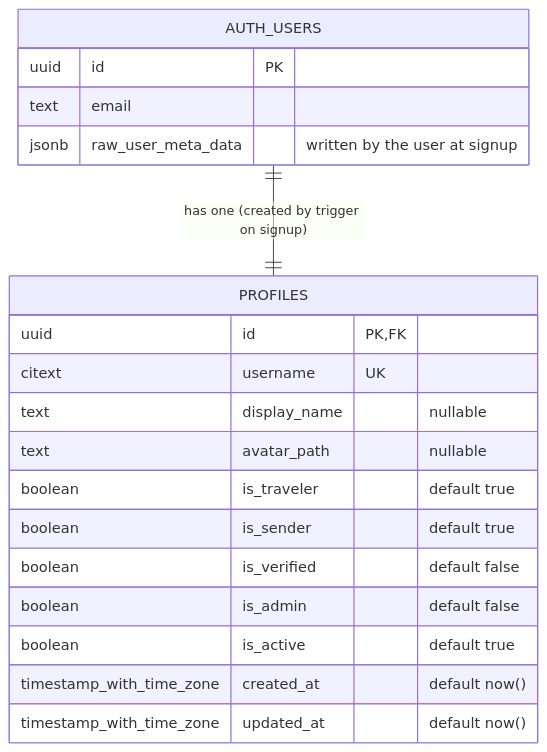
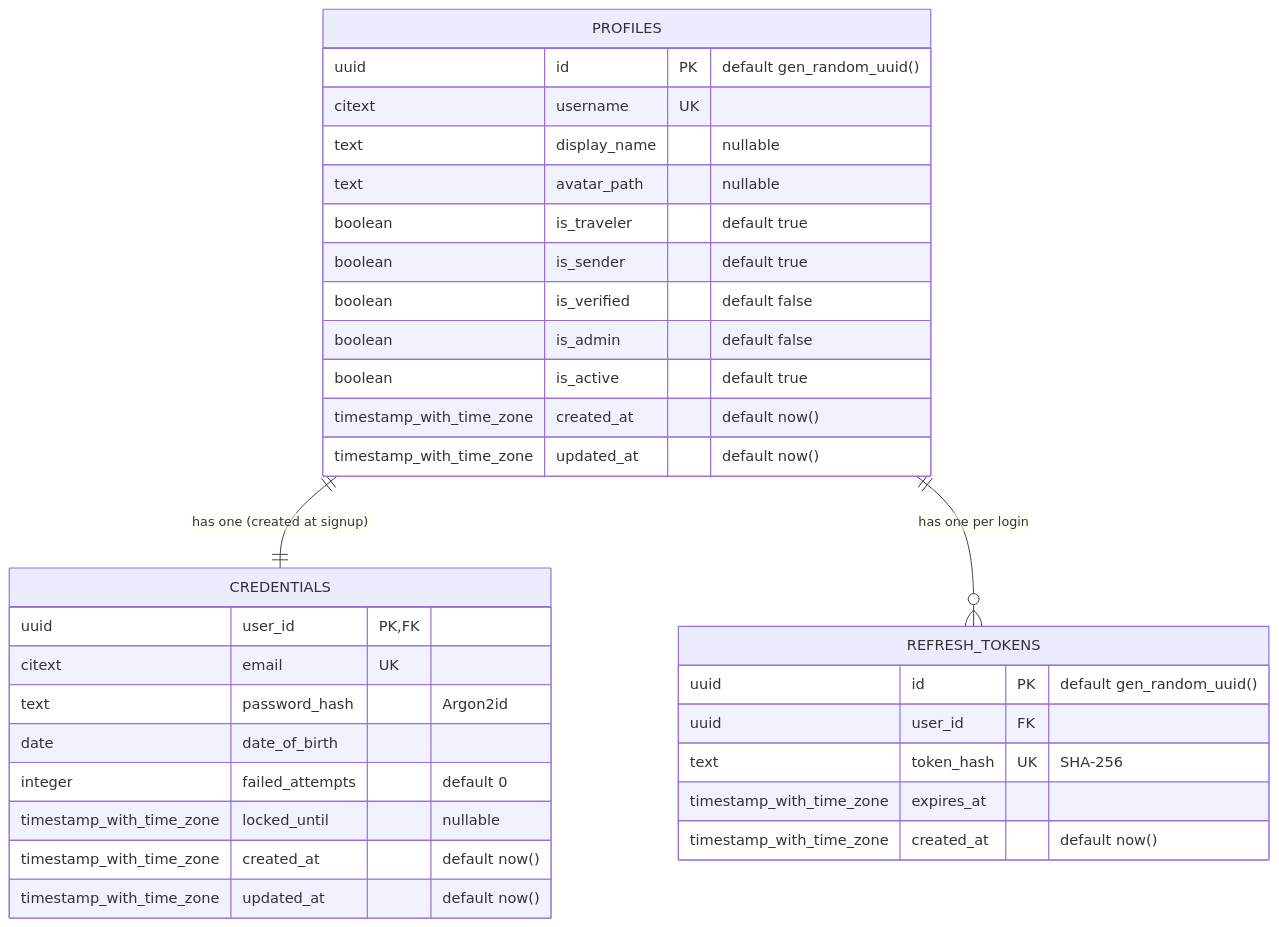
The diagram in docs/ERD.md (Abubakar-Zahir/cargoshare), drawn with Mermaid before and after one commit. The commit also changed other lines of this file and 1 other file, not shown here.

Commit message:
docs: remove Supabase Auth from the database diagram and frontend spec

````diff
--- a/docs/ERD.md
+++ b/docs/ERD.md
@@ -7,23 +7,36 @@
 ```mermaid
 erDiagram
-    AUTH_USERS ||--|| PROFILES : "has one (created by trigger on signup)"
+    PROFILES ||--|| CREDENTIALS : "has one (created at signup)"
+    PROFILES ||--o{ REFRESH_TOKENS : "has one per login"
 
-    AUTH_USERS {
-        uuid id PK
-        text email
-        jsonb raw_user_meta_data "written by the user at signup"
+    CREDENTIALS {
+        uuid user_id PK, FK
+        citext email UK
+        text password_hash "Argon2id"
+        date date_of_birth
+        integer failed_attempts "default 0"
+        timestamp_with_time_zone locked_until "nullable"
+        timestamp_with_time_zone created_at "default now()"
+        timestamp_with_time_zone updated_at "default now()"
+    }
+    REFRESH_TOKENS {
+        uuid id PK "default gen_random_uuid()"
+        uuid user_id FK
+        text token_hash UK "SHA-256"
+        timestamp_with_time_zone expires_at
+        timestamp_with_time_zone created_at "default now()"
     }
     PROFILES {
-        uuid id PK, FK
+        uuid id PK "default gen_random_uuid()"
         citext username UK
         text display_name "nullable"
         text avatar_path "nullable"
         boolean is_traveler "default true"
         boolean is_sender "default true"
         boolean is_verified "default false"
         boolean is_admin "default false"
         boolean is_active "default true"
         timestamp_with_time_zone created_at "default now()"
         timestamp_with_time_zone updated_at "default now()"
     }
 ```
````
